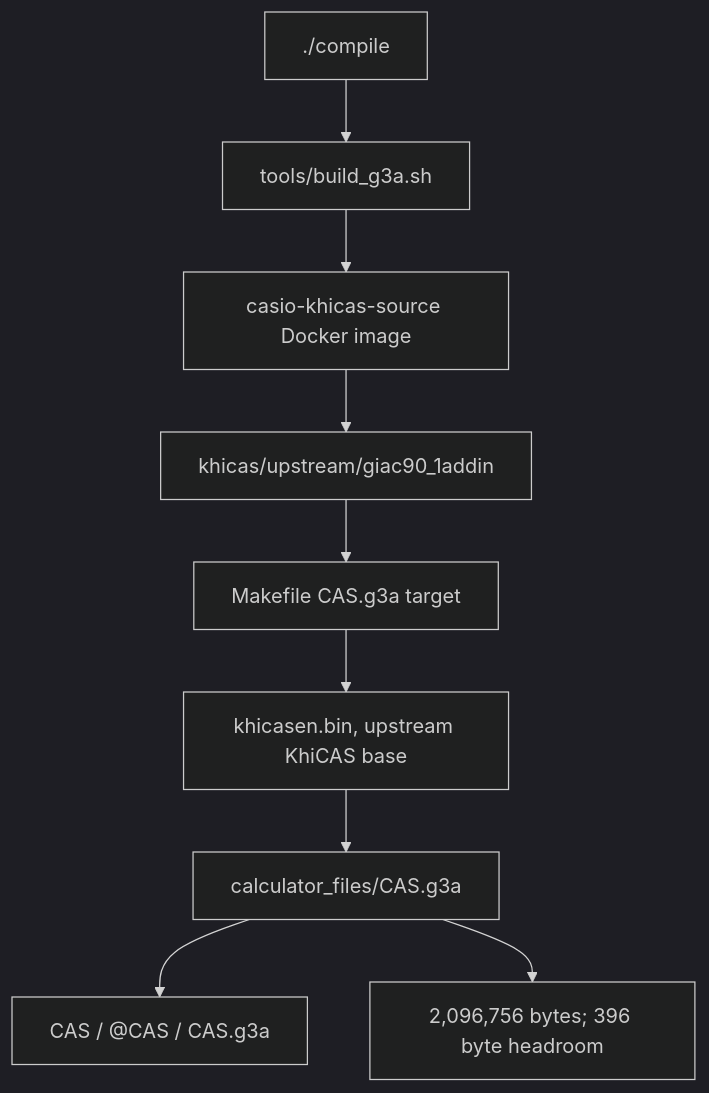
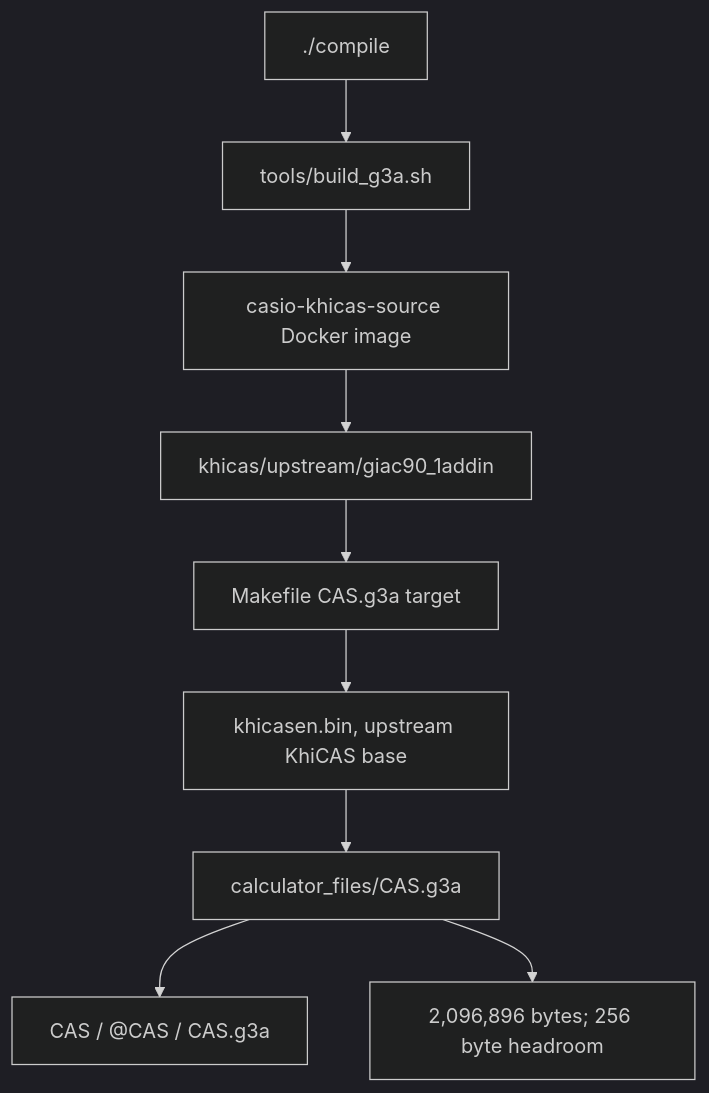
The first of 5 diagrams in docs/GRAPH.md (james8464/notes-addin-casio-fx-cg50), drawn with Mermaid (dark theme) before and after one commit. The commit also changed other lines of this file and 4 other files, not shown here.

````diff
--- a/docs/GRAPH.md
+++ b/docs/GRAPH.md
@@ -7,11 +7,11 @@
 ```mermaid
 graph TD
   Compile["./compile"] --> Build["tools/build_g3a.sh"]
   Build --> Docker["casio-khicas-source Docker image"]
   Docker --> Src["khicas/upstream/giac90_1addin"]
   Src --> Make["Makefile CAS.g3a target"]
   Make --> Bin["khicasen.bin, upstream KhiCAS base"]
   Bin --> G3A["calculator_files/CAS.g3a"]
   G3A --> Meta["CAS / @CAS / CAS.g3a"]
-  G3A --> Size["2,096,756 bytes; 396 byte headroom"]
+  G3A --> Size["2,096,896 bytes; 256 byte headroom"]
 ```
````
